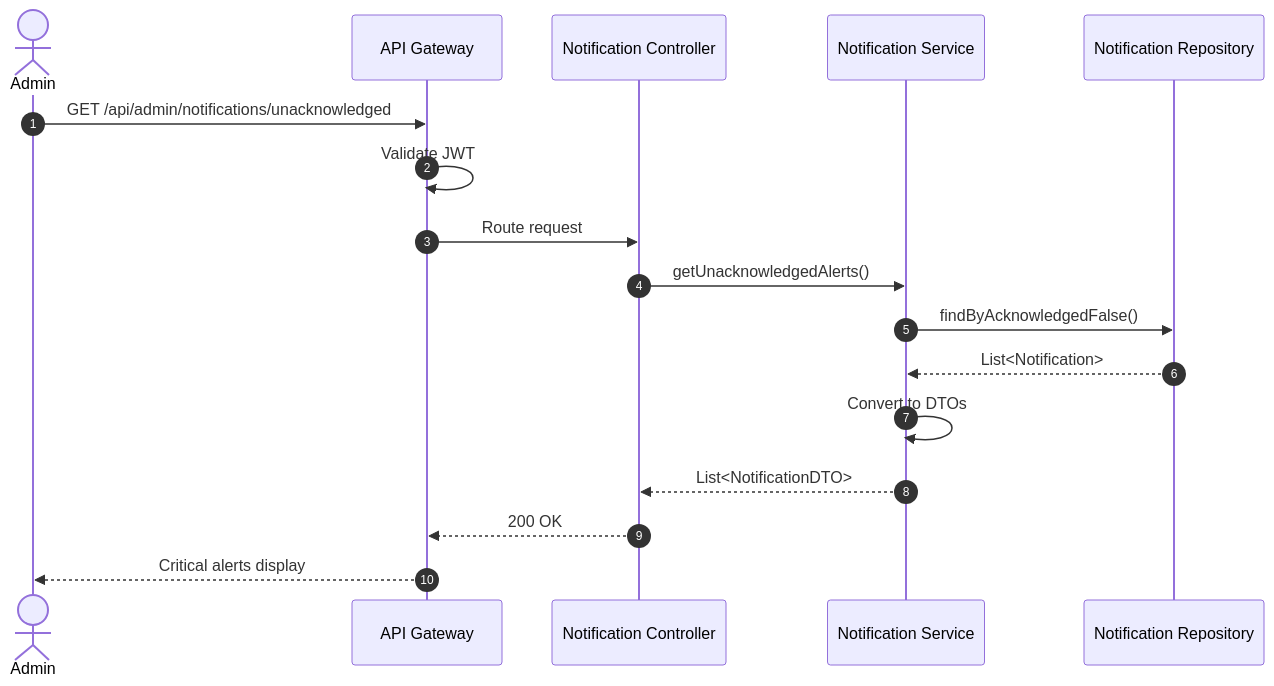
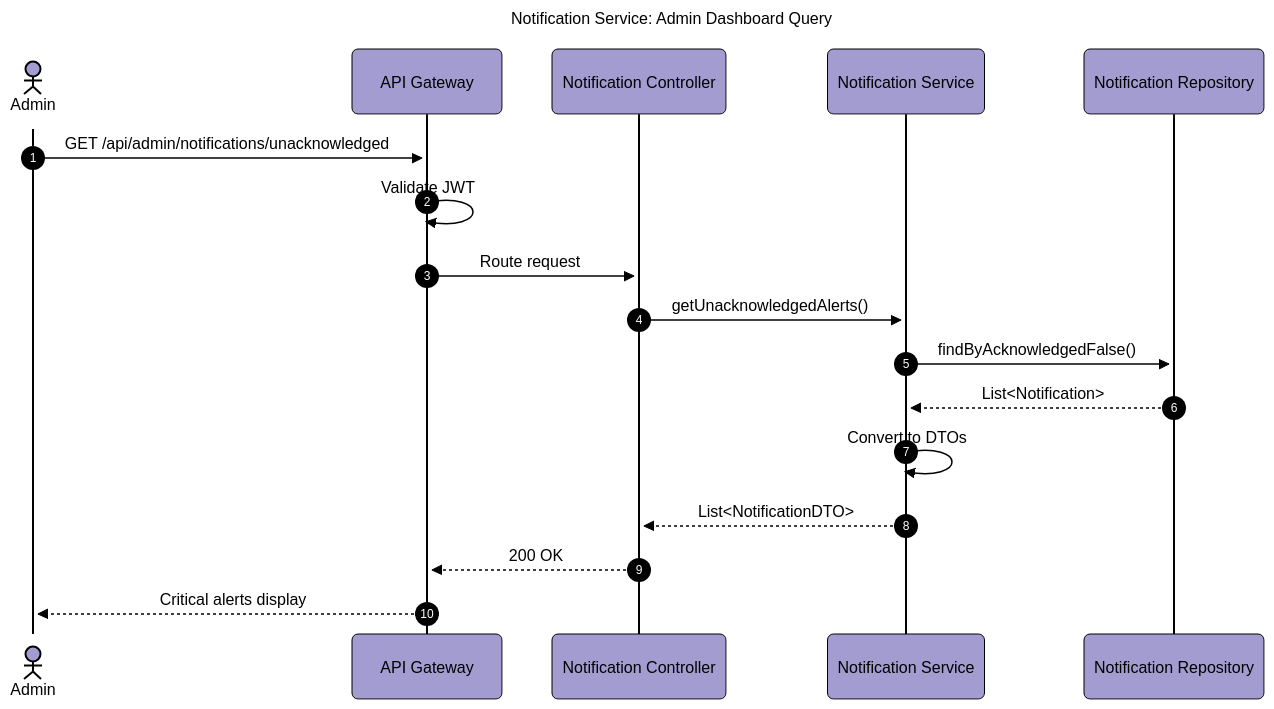
The seventh of 8 diagrams in Documentation/diagrams/notification-service.md (BrunoGil-AS/Vending-Machine-Microservices), drawn with Mermaid before and after one commit. The commit also changed other lines of this file and 7 other files, not shown here.

Commit message:
docs: Update service diagrams with new configurations and titles

````diff
--- a/Documentation/diagrams/notification-service.md
+++ b/Documentation/diagrams/notification-service.md
@@ -257,22 +341,36 @@
 ```mermaid
+---
+config:
+  theme: base
+  themeVariables:
+    primaryColor: '#a39cd1ff'
+    primaryTextColor: '#000000'
+    secondaryTextColor: '#ffffffff'
+    primaryBorderColor: '#000000'
+    lineColor: '#000000ff'
+    secondaryColor: '#90b590ff'
+    tertiaryColor: '#f9f6a1ff'
+  look: neo
+title: 'Notification Service: Admin Dashboard Query'
+---
 sequenceDiagram
     autonumber
     actor Admin
     participant Gateway as API Gateway
     participant Controller as Notification Controller
     participant Service as Notification Service
     participant Repo as Notification Repository
 
     Admin->>Gateway: GET /api/admin/notifications/unacknowledged
     Gateway->>Gateway: Validate JWT
     Gateway->>Controller: Route request
 
     Controller->>Service: getUnacknowledgedAlerts()
     Service->>Repo: findByAcknowledgedFalse()
     Repo-->>Service: List<Notification>
 
     Service->>Service: Convert to DTOs
     Service-->>Controller: List<NotificationDTO>
     Controller-->>Gateway: 200 OK
     Gateway-->>Admin: Critical alerts display
 ```
````
